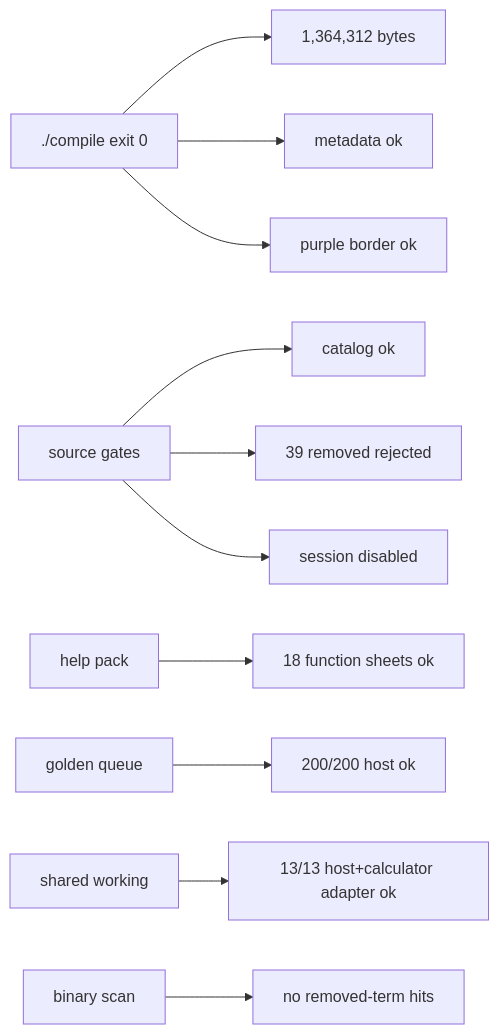
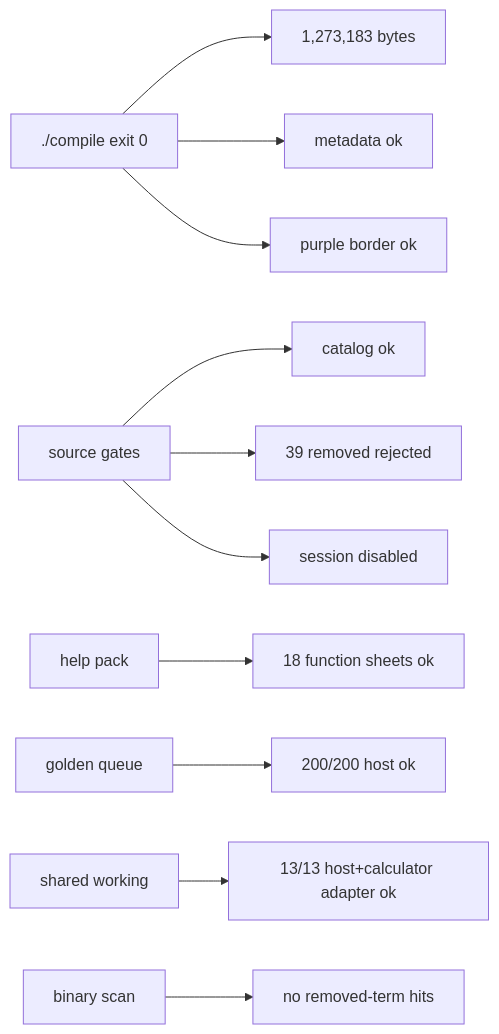
Before and after one commit to james8464/notes-addin-casio-fx-cg50: the seventh of 7 diagrams in docs/GRAPH.md, drawn with Mermaid. The commit also changed other lines of this file and 2 other files, not shown here.

Commit message:
shrink build with section gc

````diff
--- a/docs/GRAPH.md
+++ b/docs/GRAPH.md
@@ -105,13 +107,13 @@
 ```mermaid
 graph LR
-  Build["./compile exit 0"] --> Size["1,364,312 bytes"]
+  Build["./compile exit 0"] --> Size["1,273,183 bytes"]
   Build --> Meta["metadata ok"]
   Build --> Border["purple border ok"]
   Source["source gates"] --> Catalog["catalog ok"]
   Source --> Removed["39 removed rejected"]
   Source --> Session["session disabled"]
   Help["help pack"] --> HelpQ["18 function sheets ok"]
   Queue["golden queue"] --> QueueRun["200/200 host ok"]
   Shared["shared working"] --> SharedRun["13/13 host+calculator adapter ok"]
   Bin["binary scan"] --> NoLeak["no removed-term hits"]
 ```
````
